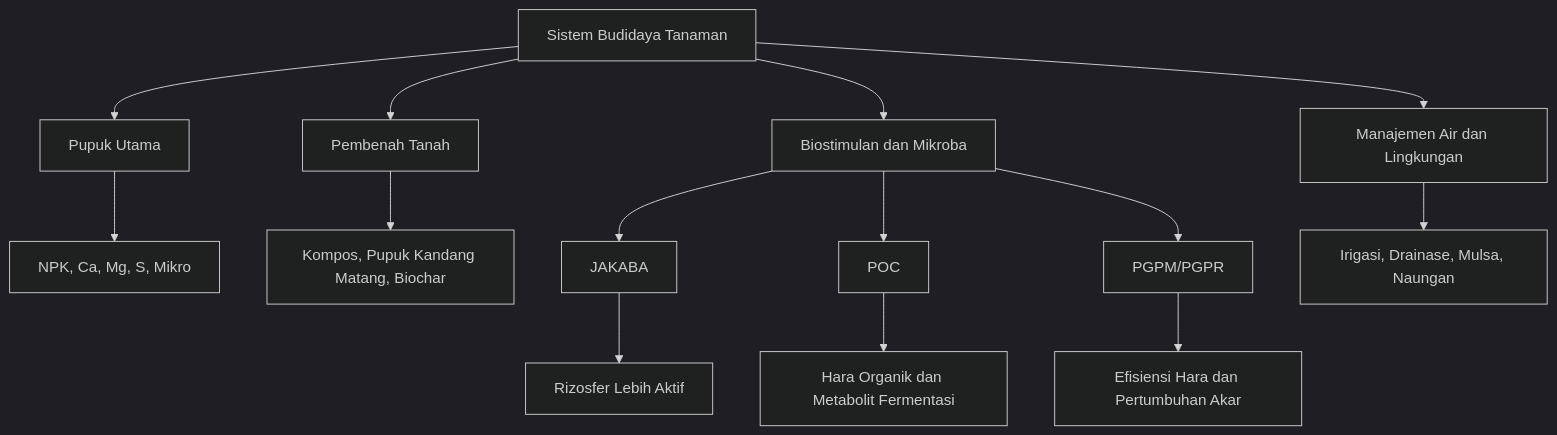
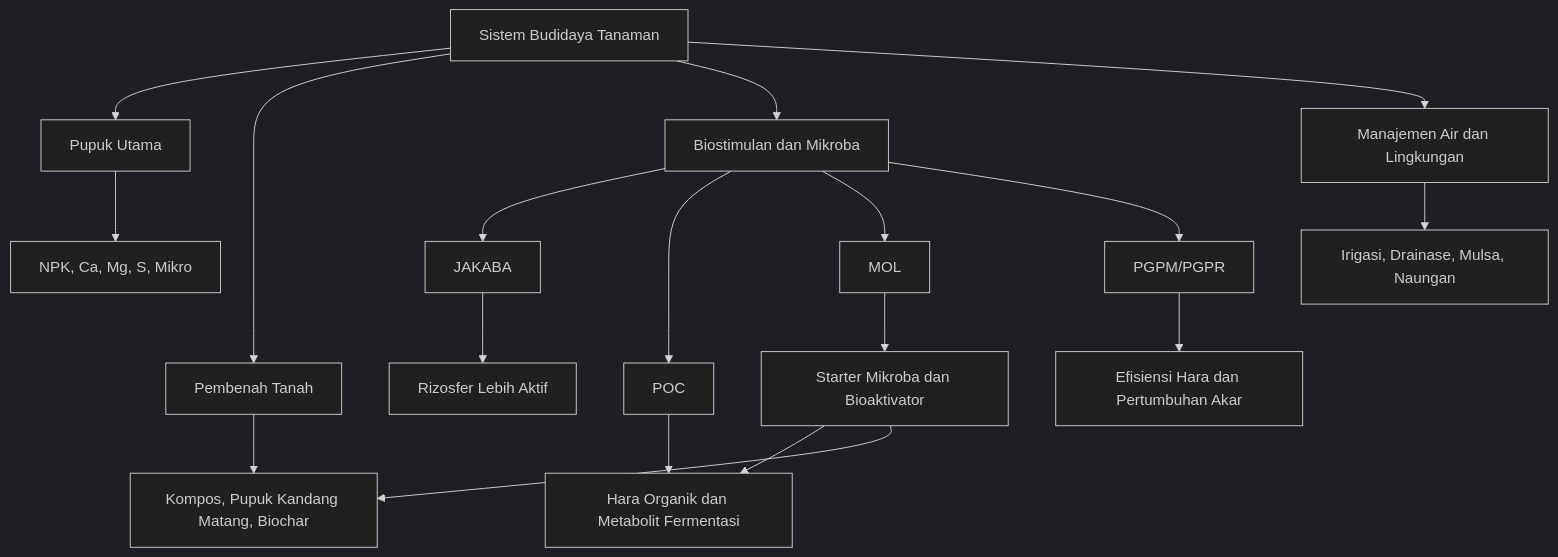
The first of 21 diagrams in content/blog/agri/agen-hayati/jakaba-poc-cabai-durian.mdx (slametsampon/kawruhnology), drawn with Mermaid (dark theme) before and after one commit. The commit also changed other lines of this file and 6 other files, not shown here.

````diff
--- a/content/blog/agri/agen-hayati/jakaba-poc-cabai-durian.mdx
+++ b/content/blog/agri/agen-hayati/jakaba-poc-cabai-durian.mdx
@@ -411,18 +449,23 @@
 ```mermaid
 flowchart TD
     A[Sistem Budidaya Tanaman] --> B[Pupuk Utama]
     A --> C[Pembenah Tanah]
     A --> D[Biostimulan dan Mikroba]
     A --> E[Manajemen Air dan Lingkungan]
 
     B --> B1[NPK, Ca, Mg, S, Mikro]
     C --> C1[Kompos, Pupuk Kandang Matang, Biochar]
     D --> D1[JAKABA]
     D --> D2[POC]
-    D --> D3[PGPM/PGPR]
+    D --> D3[MOL]
+    D --> D4[PGPM/PGPR]
     E --> E1[Irigasi, Drainase, Mulsa, Naungan]
 
     D1 --> F[Rizosfer Lebih Aktif]
     D2 --> G[Hara Organik dan Metabolit Fermentasi]
-    D3 --> H[Efisiensi Hara dan Pertumbuhan Akar]
+    D3 --> H[Starter Mikroba dan Bioaktivator]
+    D4 --> I[Efisiensi Hara dan Pertumbuhan Akar]
+
+    H --> G
+    H --> C1
 ```
````
